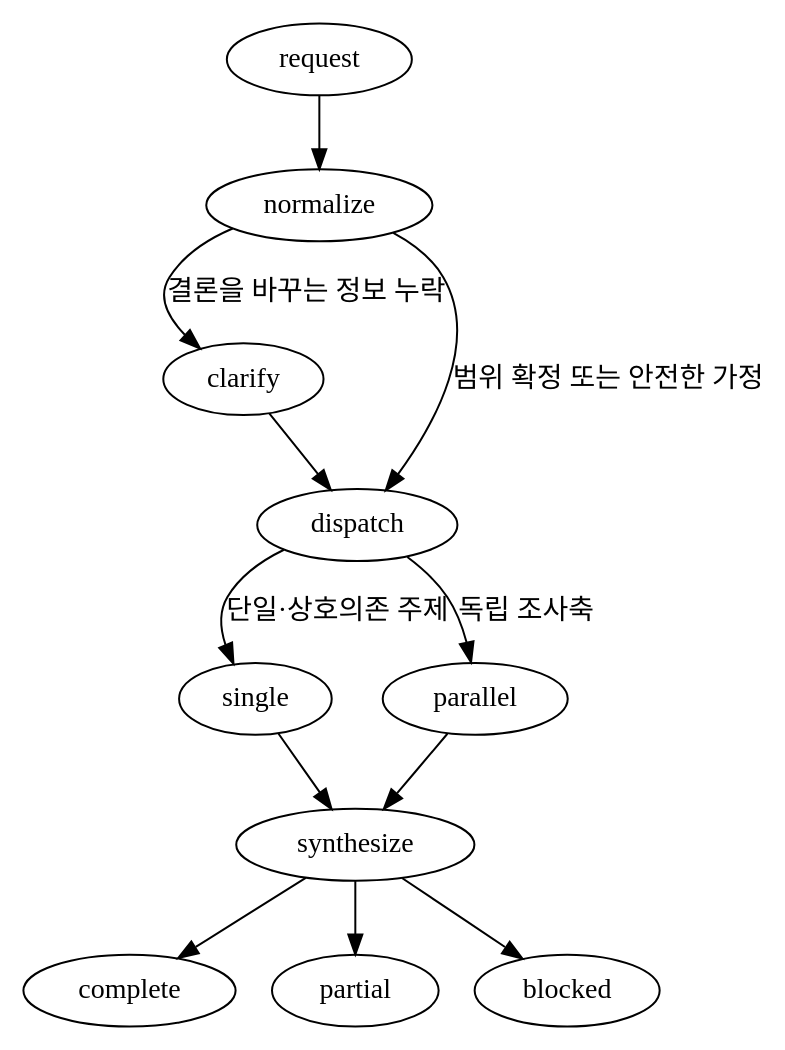
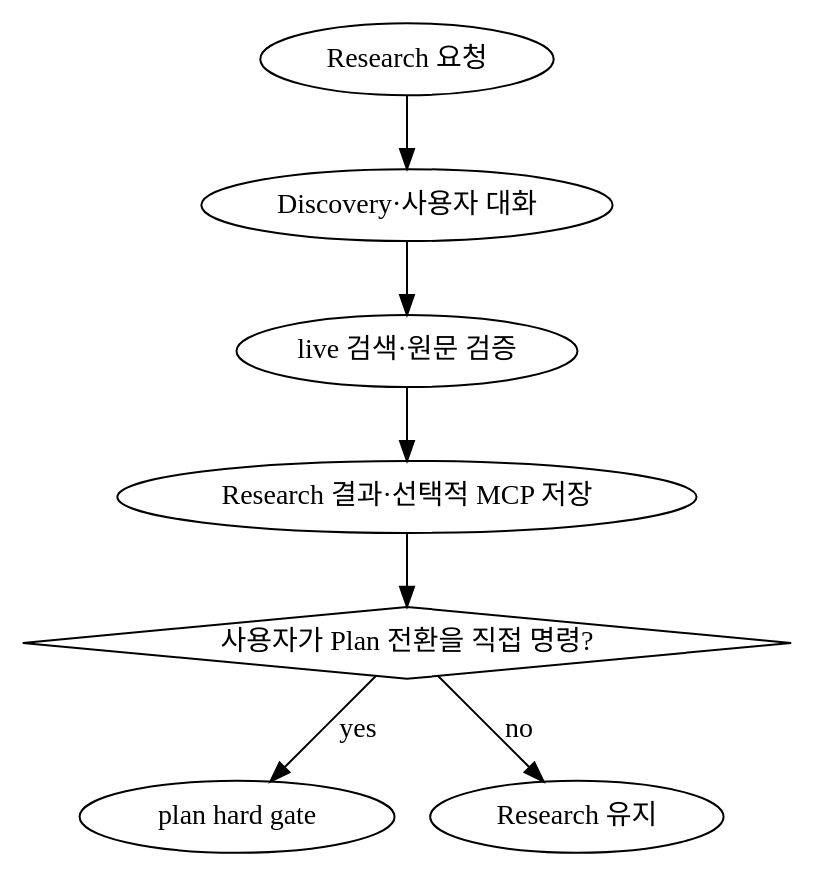
The diagram in .codex/skills/research/SKILL.md (NohYusung/yusung-harness), drawn with Graphviz before and after one commit. The commit also changed other lines of this file and 66 other files, not shown here.

````diff
--- a/.codex/skills/research/SKILL.md
+++ b/.codex/skills/research/SKILL.md
@@ -92,15 +177,14 @@
 ```dot
-digraph research_dispatch {
-  request -> normalize;
-  normalize -> clarify [label="결론을 바꾸는 정보 누락"];
-  normalize -> dispatch [label="범위 확정 또는 안전한 가정"];
-  clarify -> dispatch;
-  dispatch -> single [label="단일·상호의존 주제"];
-  dispatch -> parallel [label="독립 조사축"];
-  single -> synthesize;
-  parallel -> synthesize;
-  synthesize -> complete;
-  synthesize -> partial;
-  synthesize -> blocked;
+digraph research_transition {
+  request [label="Research 요청"];
+  discover [label="Discovery·사용자 대화"];
+  search [label="live 검색·원문 검증"];
+  result [label="Research 결과·선택적 MCP 저장"];
+  command [label="사용자가 Plan 전환을 직접 명령?", shape=diamond];
+  plan [label="plan hard gate"];
+  continue [label="Research 유지"];
+  request -> discover -> search -> result -> command;
+  command -> plan [label="yes"];
+  command -> continue [label="no"];
 }
 ```
````
